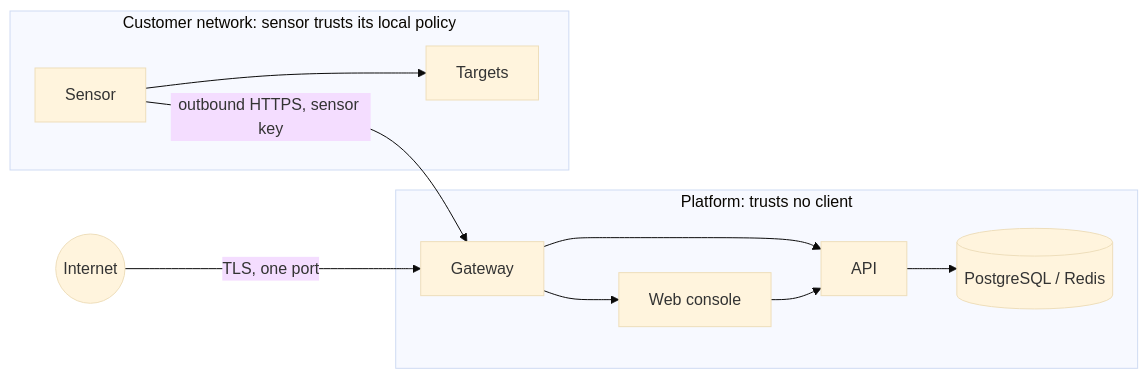
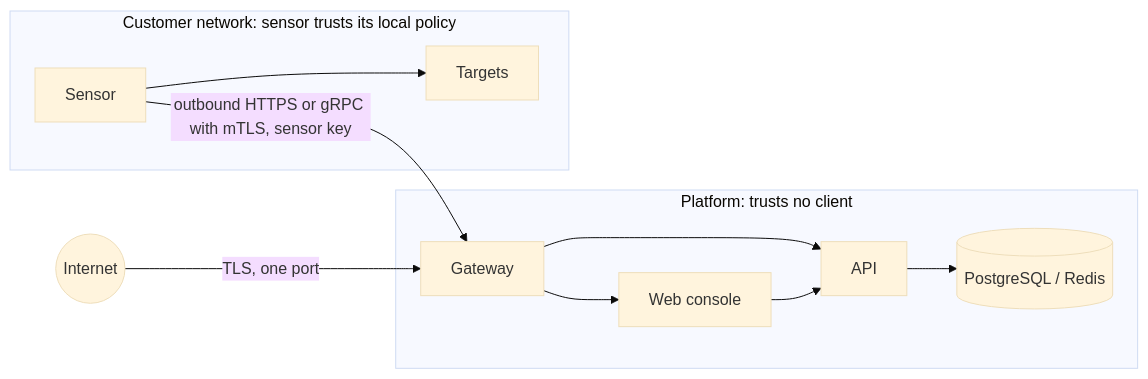
The fourth of 4 diagrams in overview/architecture.md (openctemio/docs), drawn with Mermaid (base theme) before and after one commit. The commit also changed other lines of this file and 84 other files, not shown here.

````diff
--- a/overview/architecture.md
+++ b/overview/architecture.md
@@ -230,14 +246,14 @@
 ```mermaid
 flowchart LR
     I((Internet)) -- "TLS, one port" --> GW[Gateway]
     subgraph P["Platform: trusts no client"]
         GW --> W[Web console]
         GW --> A[API]
         W --> A
         A --> D[(PostgreSQL / Redis)]
     end
     subgraph N["Customer network: sensor trusts its local policy"]
         S[Sensor] --> T[Targets]
     end
-    S -- "outbound HTTPS, sensor key" --> GW
+    S -- "outbound HTTPS or gRPC with mTLS, sensor key" --> GW
 ```
````
